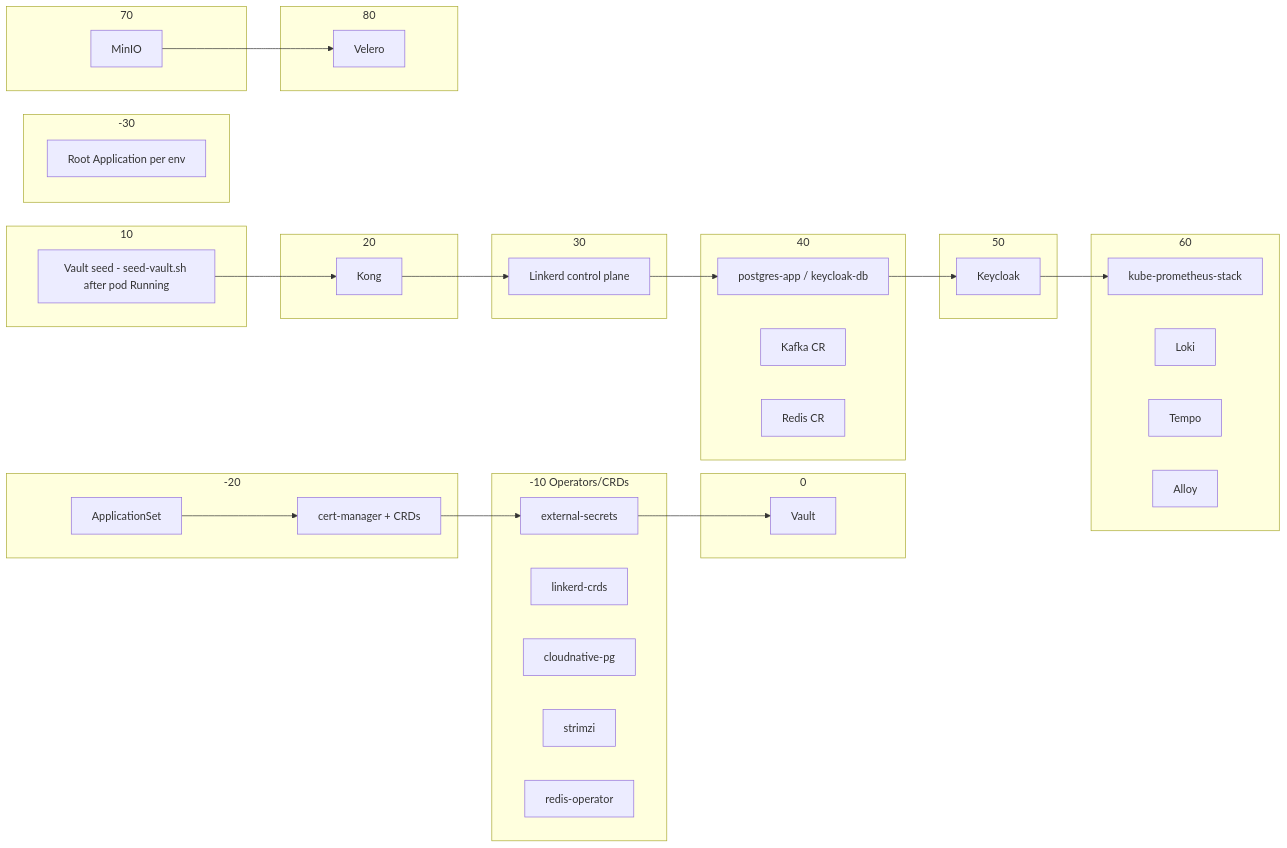
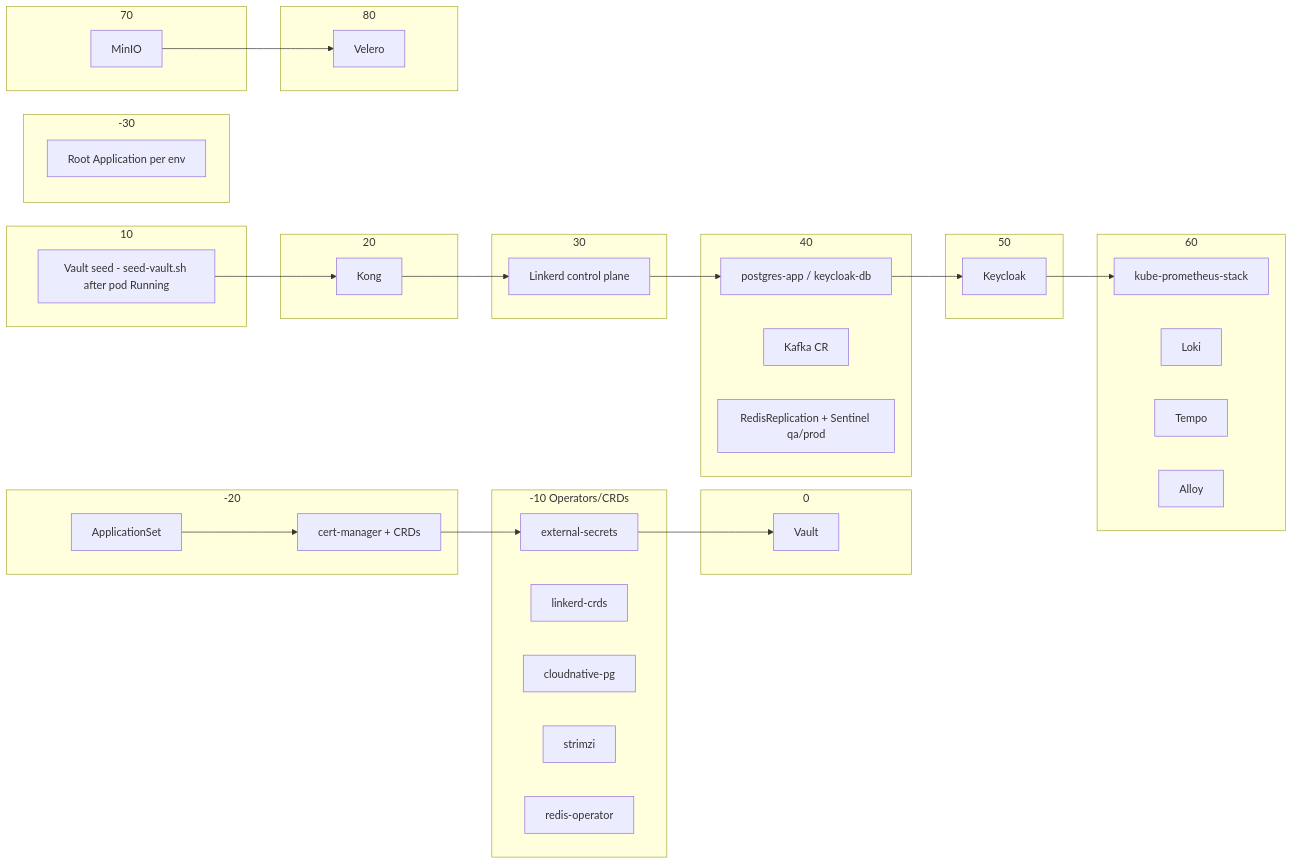
Before and after one commit to sca-templates/infra-kubernetes: the second of 3 diagrams in docs/architecture.md, drawn with Mermaid. The commit also changed other lines of this file and 23 other files, not shown here.

First line of the commit message:
feat(redis): deploy RedisReplication with Sentinel and Vault auth (Phase 12) (#100)

````diff
--- a/docs/architecture.md
+++ b/docs/architecture.md
@@ -183,58 +183,58 @@
 ```mermaid
 graph LR
     subgraph W-30["-30"]
         A[Root Application per env]
     end
     subgraph W-20["-20"]
         B[ApplicationSet]
         C[cert-manager + CRDs]
     end
     subgraph W-10["-10 Operators/CRDs"]
         D[external-secrets]
         E[linkerd-crds]
         F[cloudnative-pg]
         G[strimzi]
         H[redis-operator]
     end
     subgraph W0["0"]
         I[Vault]
     end
     subgraph W10["10"]
         J[Vault seed - seed-vault.sh after pod Running]
     end
     subgraph W20["20"]
         K[Kong]
     end
     subgraph W30["30"]
         L[Linkerd control plane]
     end
     subgraph W40["40"]
         M[postgres-app / keycloak-db]
         N[Kafka CR]
-        O[Redis CR]
+        O[RedisReplication + Sentinel qa/prod]
     end
     subgraph W50["50"]
         P[Keycloak]
     end
     subgraph W60["60"]
         Q[kube-prometheus-stack]
         R[Loki]
         S[Tempo]
         T[Alloy]
     end
     subgraph W70["70"]
         U[MinIO]
     end
     subgraph W80["80"]
         V[Velero]
     end
     B --> C
     C --> D
     D --> I
     J --> K
     K --> L
     L --> M
     M --> P
     P --> Q
     U --> V
 ```
````
